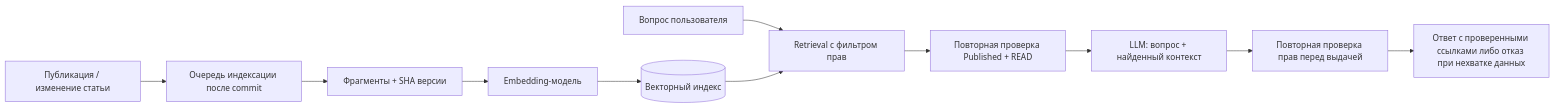
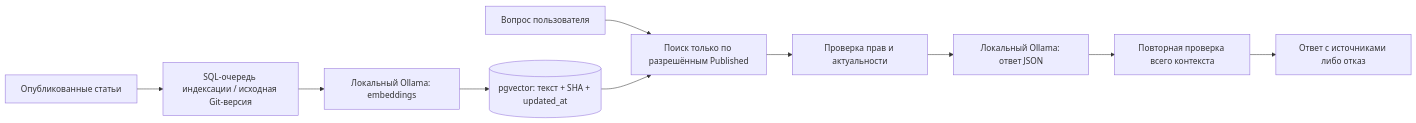
Before and after one commit to C23-501-SoftDev/Project: the fourth of 4 diagrams in docs/PROJECT_REVIEW_RU.md, drawn with Mermaid. The commit also changed other lines of this file and 66 other files, not shown here.

````diff
--- a/docs/PROJECT_REVIEW_RU.md
+++ b/docs/PROJECT_REVIEW_RU.md
@@ -164,13 +166,12 @@
 ```mermaid
 flowchart LR
-    P["Публикация / изменение статьи"] --> J["Очередь индексации после commit"]
-    J --> C["Фрагменты + SHA версии"]
-    C --> E["Embedding-модель"]
-    E --> V[("Векторный индекс")]
-    Q["Вопрос пользователя"] --> R["Retrieval с фильтром прав"]
+    P["Опубликованные статьи"] --> J["SQL-очередь индексации / исходная Git-версия"]
+    J --> E["Локальный Ollama: embeddings"]
+    E --> V[("pgvector: текст + SHA + updated_at")]
+    Q["Вопрос пользователя"] --> R["Поиск только по разрешённым Published"]
     V --> R
-    R --> ACL["Повторная проверка Published + READ"]
-    ACL --> L["LLM: вопрос + найденный контекст"]
-    L --> FinalACL["Повторная проверка прав перед выдачей"]
-    FinalACL --> Ans["Ответ с проверенными ссылками либо отказ при нехватке данных"]
+    R --> ACL["Проверка прав и актуальности"]
+    ACL --> L["Локальный Ollama: ответ JSON"]
+    L --> Check["Повторная проверка всего контекста"]
+    Check --> Ans["Ответ с источниками либо отказ"]
 ```
````
